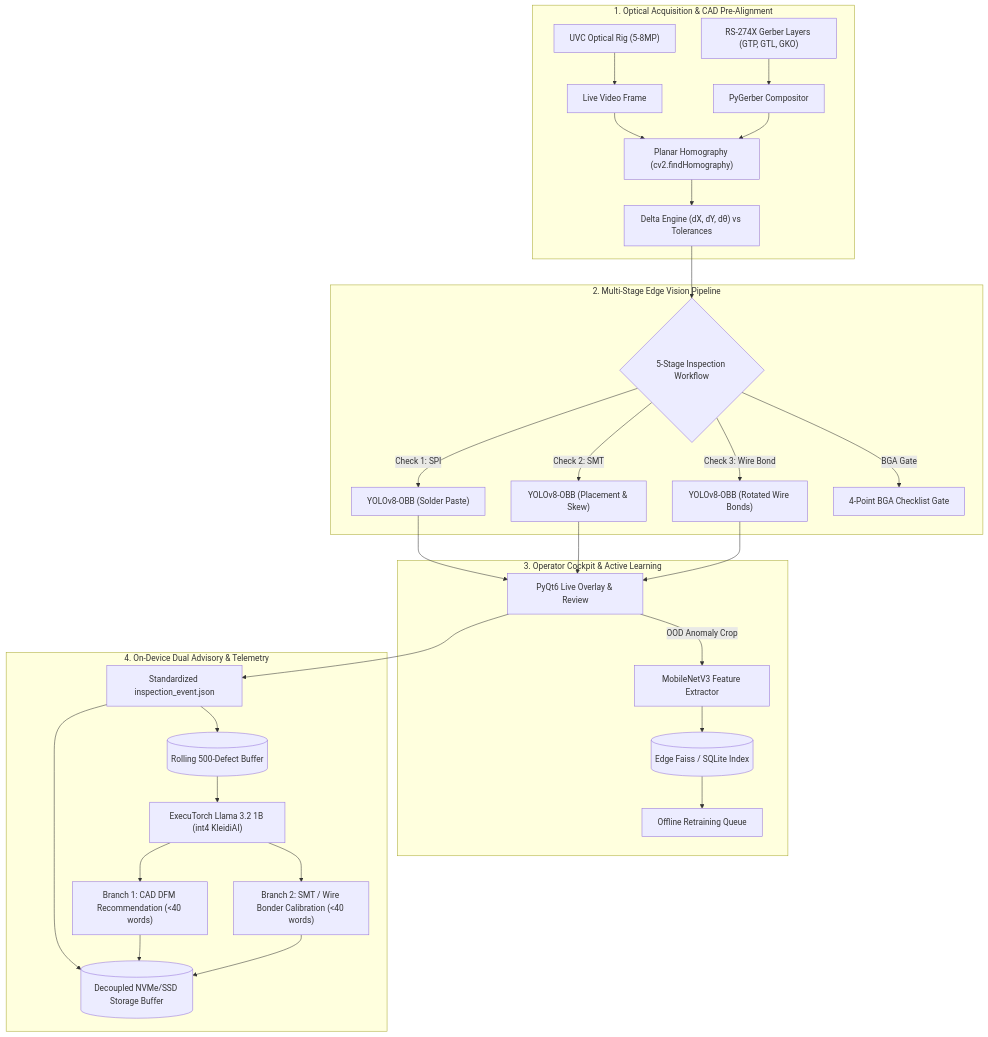
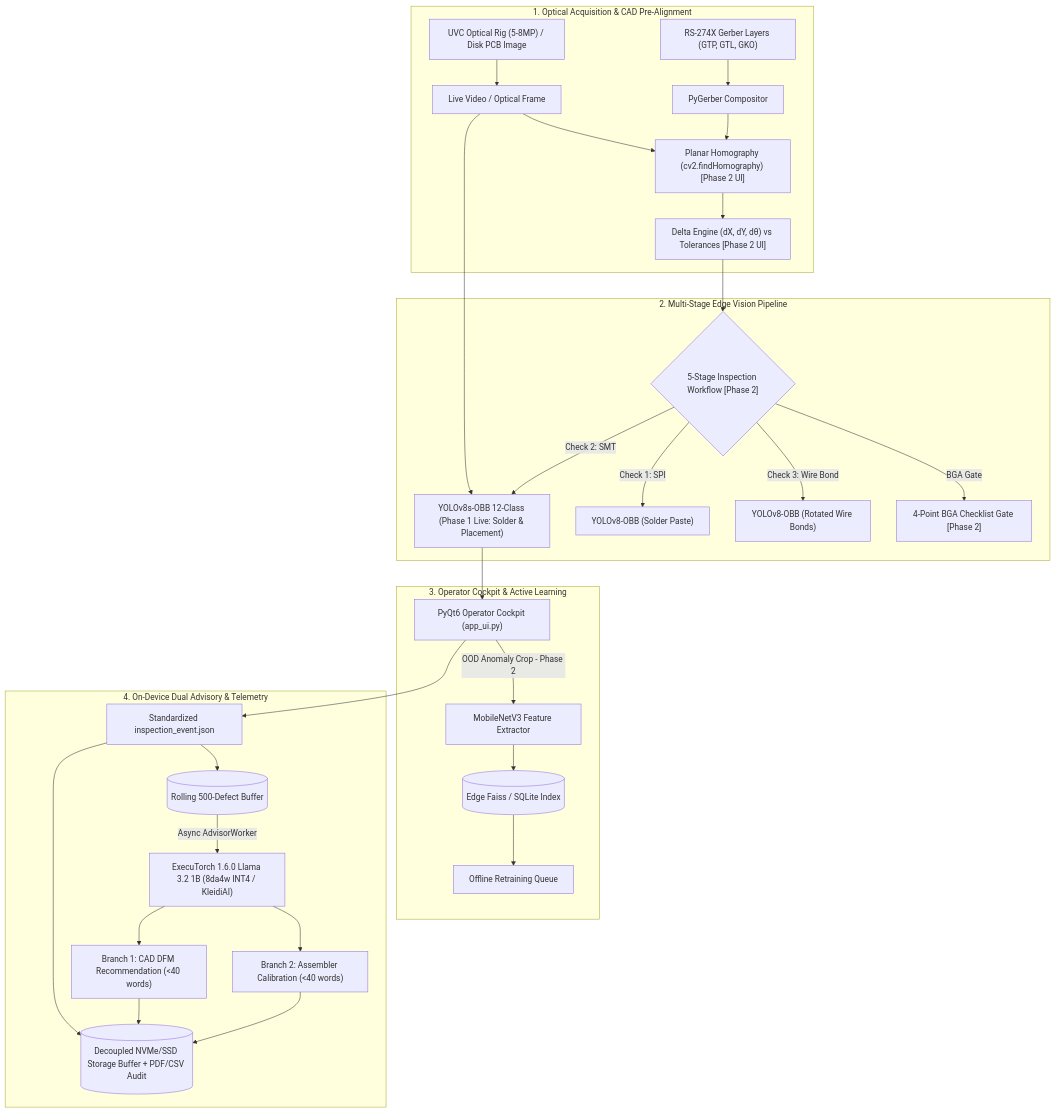
Before and after one commit to MadhanSaiKrishna/bharat-ai-soc-ps5-pcb-aoi: the diagram in README.md, drawn with Mermaid. The commit also changed other lines of this file and 6 other files, not shown here.

Commit message:
docs: update main README with Phase 1 baseline + full roadmap and clean up module_a_vision

````diff
--- a/README.md
+++ b/README.md
@@ -30,33 +30,34 @@
 ```mermaid
 flowchart TD
     subgraph S1["1. Optical Acquisition & CAD Pre-Alignment"]
-        CAM["UVC Optical Rig (5-8MP)"] --> FRAME["Live Video Frame"]
+        CAM["UVC Optical Rig (5-8MP) / Disk PCB Image"] --> FRAME["Live Video / Optical Frame"]
         GERBER["RS-274X Gerber Layers (GTP, GTL, GKO)"] --> CAD_RENDER["PyGerber Compositor"]
-        FRAME & CAD_RENDER --> HOMOGRAPHY["Planar Homography (cv2.findHomography)"]
-        HOMOGRAPHY --> DELTA["Delta Engine (dX, dY, dθ) vs Tolerances"]
+        FRAME & CAD_RENDER --> HOMOGRAPHY["Planar Homography (cv2.findHomography) [Phase 2 UI]"]
+        HOMOGRAPHY --> DELTA["Delta Engine (dX, dY, dθ) vs Tolerances [Phase 2 UI]"]
     end
 
     subgraph S2["2. Multi-Stage Edge Vision Pipeline"]
-        DELTA --> STAGE_GATE{"5-Stage Inspection Workflow"}
+        FRAME --> YOLO_SMT["YOLOv8s-OBB 12-Class (Phase 1 Live: Solder & Placement)"]
+        DELTA --> STAGE_GATE{"5-Stage Inspection Workflow [Phase 2]"}
         STAGE_GATE -->|Check 1: SPI| YOLO_SPI["YOLOv8-OBB (Solder Paste)"]
-        STAGE_GATE -->|Check 2: SMT| YOLO_SMT["YOLOv8-OBB (Placement & Skew)"]
+        STAGE_GATE -->|Check 2: SMT| YOLO_SMT
         STAGE_GATE -->|Check 3: Wire Bond| YOLO_WIRE["YOLOv8-OBB (Rotated Wire Bonds)"]
-        STAGE_GATE -->|BGA Gate| BGA_CHECK["4-Point BGA Checklist Gate"]
+        STAGE_GATE -->|BGA Gate| BGA_CHECK["4-Point BGA Checklist Gate [Phase 2]"]
     end
 
     subgraph S3["3. Operator Cockpit & Active Learning"]
-        YOLO_SPI & YOLO_SMT & YOLO_WIRE --> UI_OVERLAY["PyQt6 Live Overlay & Review"]
-        UI_OVERLAY -->|OOD Anomaly Crop| EMBED["MobileNetV3 Feature Extractor"]
+        YOLO_SMT --> UI_OVERLAY["PyQt6 Operator Cockpit (app_ui.py)"]
+        UI_OVERLAY -->|OOD Anomaly Crop - Phase 2| EMBED["MobileNetV3 Feature Extractor"]
         EMBED --> VECTOR_STORE[("Edge Faiss / SQLite Index")]
         VECTOR_STORE --> RETRAIN_QUEUE["Offline Retraining Queue"]
     end
 
     subgraph S4["4. On-Device Dual Advisory & Telemetry"]
         UI_OVERLAY --> EVENT_JSON["Standardized inspection_event.json"]
         EVENT_JSON --> HIST_BUFFER[("Rolling 500-Defect Buffer")]
-        HIST_BUFFER --> EXECUTORCH["ExecuTorch Llama 3.2 1B (int4 KleidiAI)"]
+        HIST_BUFFER -->|"Async AdvisorWorker"| EXECUTORCH["ExecuTorch 1.6.0 Llama 3.2 1B (8da4w INT4 / KleidiAI)"]
         EXECUTORCH --> DFM_ADVICE["Branch 1: CAD DFM Recommendation (<40 words)"]
-        EXECUTORCH --> ASM_ADVICE["Branch 2: SMT / Wire Bonder Calibration (<40 words)"]
-        EVENT_JSON & DFM_ADVICE & ASM_ADVICE --> LOCAL_STORAGE[("Decoupled NVMe/SSD Storage Buffer")]
+        EXECUTORCH --> ASM_ADVICE["Branch 2: Assembler Calibration (<40 words)"]
+        EVENT_JSON & DFM_ADVICE & ASM_ADVICE --> LOCAL_STORAGE[("Decoupled NVMe/SSD Storage Buffer + PDF/CSV Audit")]
     end
 ```
````
